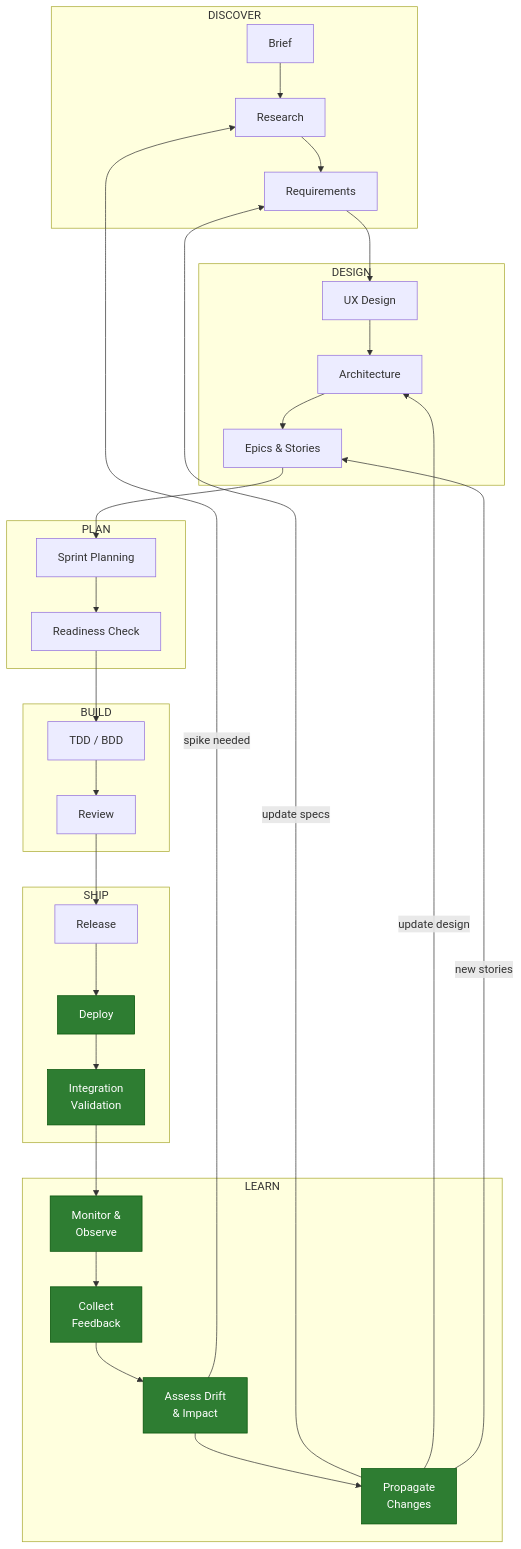
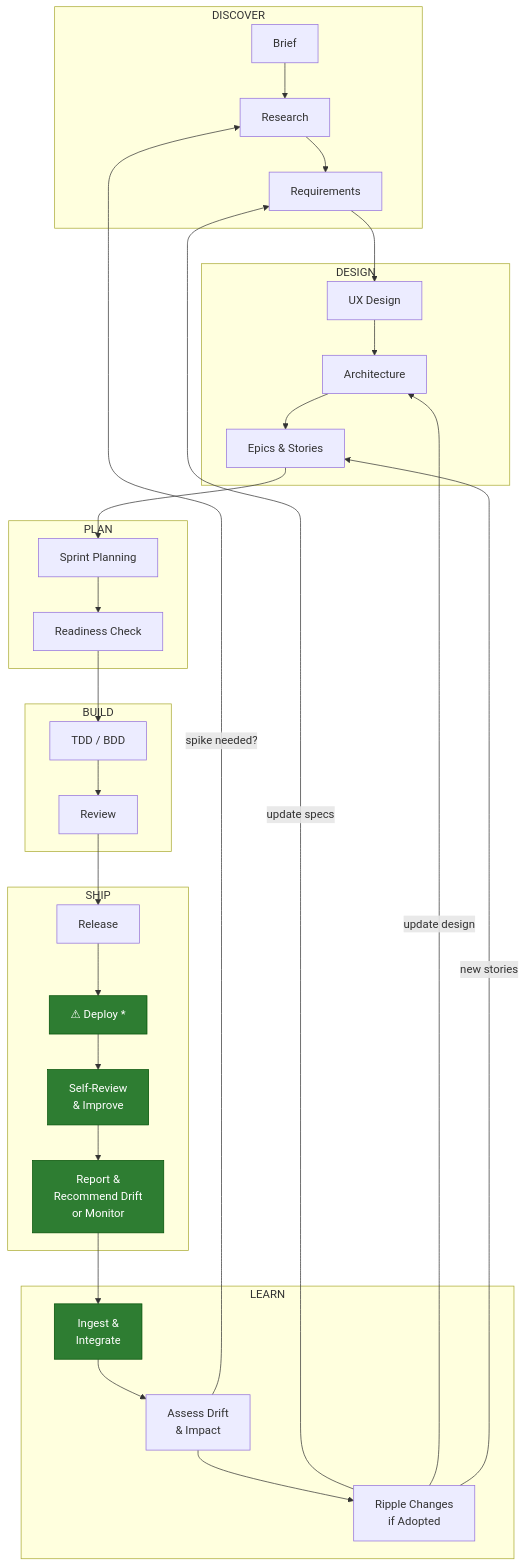
The ninth of 15 diagrams in docs/lifecycle-improvement-rs.md (slabgorb/orc-penny), drawn with Mermaid before and after one commit. The commit also changed other lines of this file, not shown here.

First line of the commit message:
docs: refine lifecycle brief — diagram fixes, fractal scales, LEARN phase updates

````diff
--- a/docs/lifecycle-improvement-rs.md
+++ b/docs/lifecycle-improvement-rs.md
@@ -423,56 +425,56 @@
 ```mermaid
 graph TD
     subgraph "DISCOVER"
         PB["Brief"]
         R["Research"]
         PRD["Requirements"]
     end
 
     subgraph "DESIGN"
         UX["UX Design"]
         ARCH["Architecture"]
         ES["Epics & Stories"]
     end
 
     subgraph "PLAN"
         SP["Sprint Planning"]
         IR["Readiness Check"]
     end
 
     subgraph "BUILD"
         IMPL["TDD / BDD"]
         REVIEW["Review"]
     end
 
     subgraph "SHIP"
         REL["Release"]
-        DEPLOY["Deploy"]
-        VALIDATE["Integration<br/>Validation"]
+        DEPLOY["⚠ Deploy *"]
+        VALIDATE["Self-Review<br/>& Improve"]
+        MONITOR["Report &<br/>Recommend Drift<br/>or Monitor"]
     end
 
     subgraph "LEARN"
-        MONITOR["Monitor &<br/>Observe"]
-        FEEDBACK["Collect<br/>Feedback"]
+        FEEDBACK["Ingest &<br/>Integrate"]
         ASSESS["Assess Drift<br/>& Impact"]
-        PROPAGATE["Propagate<br/>Changes"]
+        PROPAGATE["Ripple Changes<br/>if Adopted"]
     end
 
     PB --> R --> PRD
     PRD --> UX --> ARCH --> ES
     ES --> SP --> IR
     IR --> IMPL --> REVIEW
-    REVIEW --> REL --> DEPLOY --> VALIDATE
-    VALIDATE --> MONITOR --> FEEDBACK --> ASSESS --> PROPAGATE
+    REVIEW --> REL --> DEPLOY --> VALIDATE --> MONITOR
+    MONITOR --> FEEDBACK --> ASSESS --> PROPAGATE
 
     PROPAGATE -->|"update specs"| PRD
     PROPAGATE -->|"update design"| ARCH
     PROPAGATE -->|"new stories"| ES
-    ASSESS -->|"spike needed"| R
+    ASSESS -->|"spike needed?"| R
 
     style MONITOR fill:#2e7d32,stroke:#005005,color:#fff
     style FEEDBACK fill:#2e7d32,stroke:#005005,color:#fff
-    style ASSESS fill:#2e7d32,stroke:#005005,color:#fff
-    style PROPAGATE fill:#2e7d32,stroke:#005005,color:#fff
     style DEPLOY fill:#2e7d32,stroke:#005005,color:#fff
     style VALIDATE fill:#2e7d32,stroke:#005005,color:#fff
+
+    click DEPLOY "#a-the-complete-lifecycle-loop" "See warning: Deploy means integrate with the team's efforts"
 ```
````
